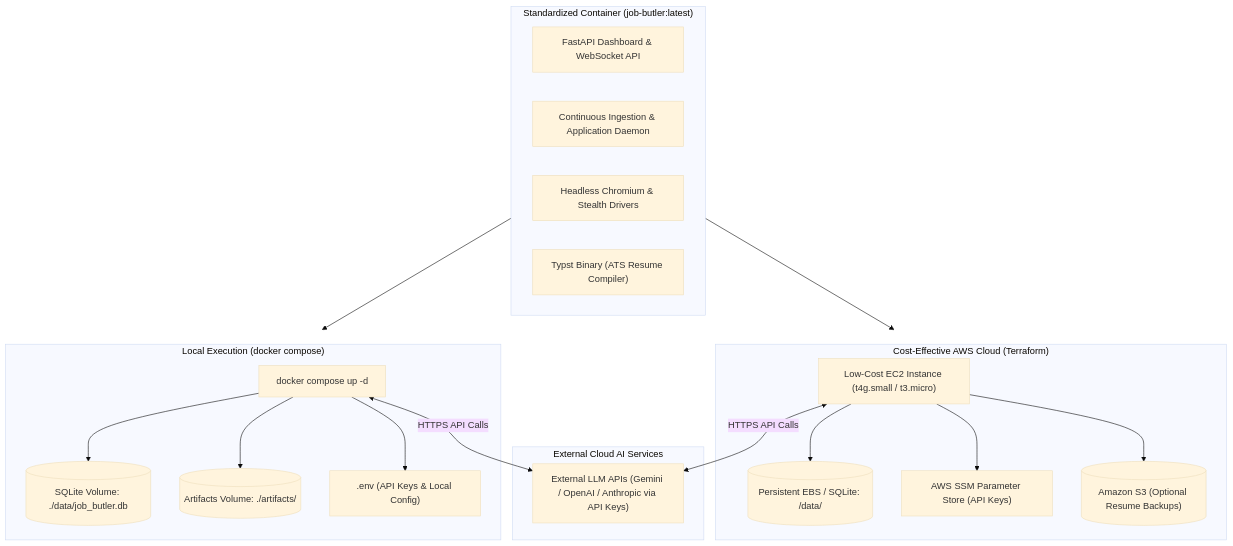
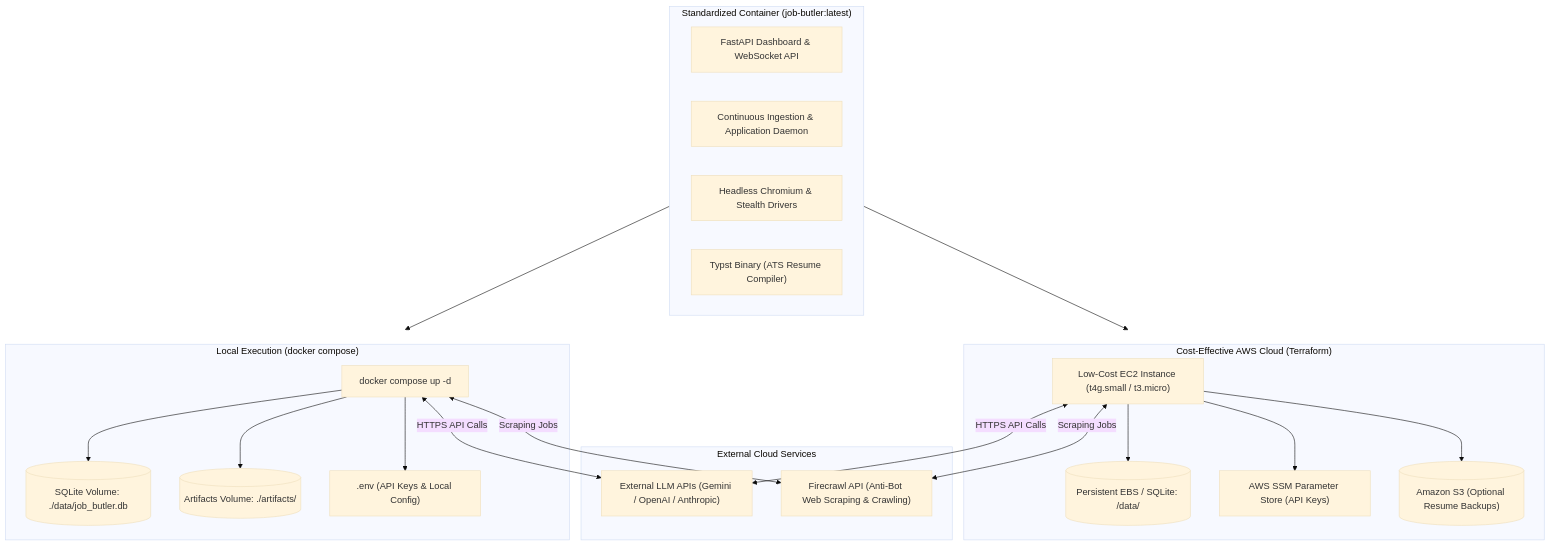
The diagram in docs/architecture.md (SelfOverflow/job-butler), drawn with Mermaid (base theme) before and after one commit. The commit also changed other lines of this file and 7 other files, not shown here.

Commit message:
docs: integrate Firecrawl API for web scraping into architecture and slice 2

````diff
--- a/docs/architecture.md
+++ b/docs/architecture.md
@@ -15,39 +17,42 @@
 ```mermaid
 graph TD
     subgraph ContainerImage ["Standardized Container (job-butler:latest)"]
         FastAPIApp["FastAPI Dashboard & WebSocket API"]
         WorkerDaemon["Continuous Ingestion & Application Daemon"]
         PlaywrightChromium["Headless Chromium & Stealth Drivers"]
         TypstEngine["Typst Binary (ATS Resume Compiler)"]
     end
 
-    subgraph ExternalAPIs ["External Cloud AI Services"]
-        LLMAPI["External LLM APIs (Gemini / OpenAI / Anthropic via API Keys)"]
+    subgraph ExternalAPIs ["External Cloud Services"]
+        LLMAPI["External LLM APIs (Gemini / OpenAI / Anthropic)"]
+        FirecrawlAPI["Firecrawl API (Anti-Bot Web Scraping & Crawling)"]
     end
 
     subgraph LocalRuntime ["Local Execution (docker compose)"]
         LocalCompose["docker compose up -d"]
         LocalVolDB[("SQLite Volume: ./data/job_butler.db")]
         LocalVolPDF[("Artifacts Volume: ./artifacts/")]
         LocalEnv[".env (API Keys & Local Config)"]
     end
 
     subgraph AWSRuntime ["Cost-Effective AWS Cloud (Terraform)"]
         EC2Instance["Low-Cost EC2 Instance (t4g.small / t3.micro)"]
         EBSVolume[("Persistent EBS / SQLite: /data/")]
         SSMParams["AWS SSM Parameter Store (API Keys)"]
         S3Bucket[("Amazon S3 (Optional Resume Backups)")]
     end
 
     ContainerImage --> LocalRuntime
     ContainerImage --> AWSRuntime
     LocalCompose --> LocalVolDB
     LocalCompose --> LocalVolPDF
     LocalCompose --> LocalEnv
     LocalCompose <-->|HTTPS API Calls| LLMAPI
+    LocalCompose <-->|Scraping Jobs| FirecrawlAPI
 
     EC2Instance --> EBSVolume
     EC2Instance --> SSMParams
     EC2Instance --> S3Bucket
     EC2Instance <-->|HTTPS API Calls| LLMAPI
+    EC2Instance <-->|Scraping Jobs| FirecrawlAPI
 ```
````
